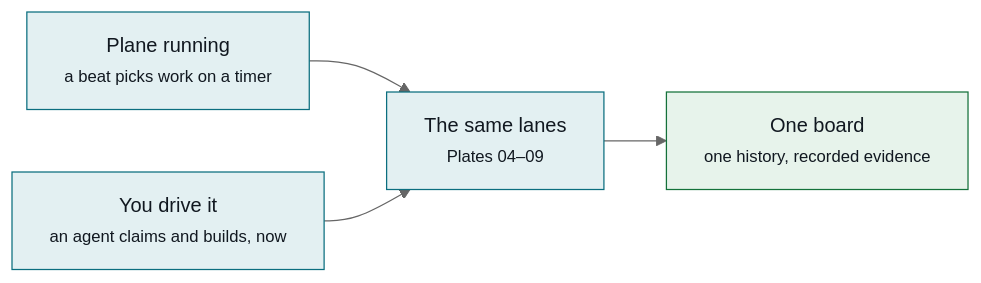
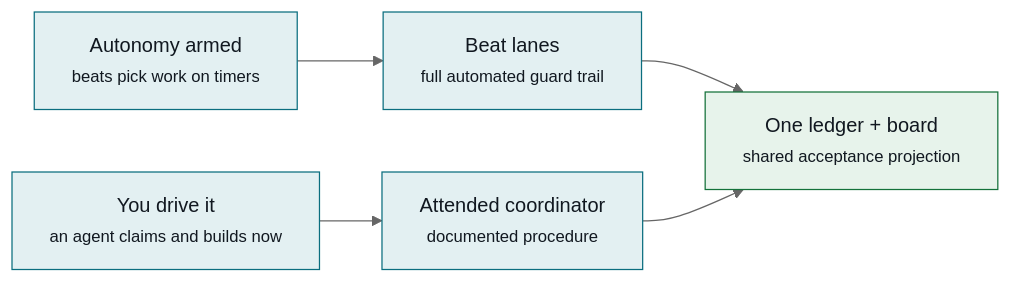
Before and after one commit to MrChikns/loopkit: diagram 11 of 11 in docs/plane-flows.md, drawn with Mermaid (neutral theme). The commit also changed other lines of this file and 1 other file, not shown here.

Commit message:
docs: correct plane flow semantics

````diff
--- a/docs/plane-flows.md
+++ b/docs/plane-flows.md
@@ -670,11 +678,12 @@
 ```mermaid
 flowchart LR
-  T1["Plane running<br/><small>a beat picks work on a timer</small>"] --> ONE["The same lanes<br/><small>Plates 04–09</small>"]
-  T2["You drive it<br/><small>an agent claims and builds, now</small>"] --> ONE
-  ONE --> BOARD["One board<br/><small>one history, recorded evidence</small>"]
+  T1["Autonomy armed<br/><small>beats pick work on timers</small>"] --> BEAT["Beat lanes<br/><small>full automated guard trail</small>"]
+  T2["You drive it<br/><small>an agent claims and builds now</small>"] --> ATT["Attended coordinator<br/><small>documented procedure</small>"]
+  BEAT --> BOARD["One ledger + board<br/><small>shared acceptance projection</small>"]
+  ATT --> BOARD
 
   classDef step fill:#E3F0F2,stroke:#0B6E7F,color:#111820
   classDef pass fill:#E7F3EB,stroke:#14713A,color:#111820
-  class T1,T2,ONE step
+  class T1,T2,BEAT,ATT step
   class BOARD pass
 ```
````
